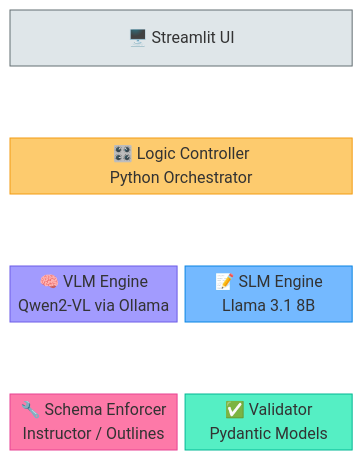
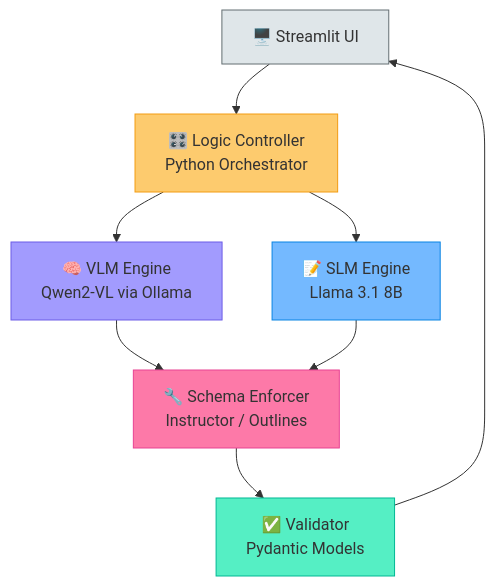
The seventh of 12 diagrams in README.md (KJCREATOR/VYOMEXTRACT), drawn with Mermaid before and after one commit. The commit also changed other lines of this file, not shown here.

````diff
--- a/README.md
+++ b/README.md
@@ -286,21 +302,17 @@
 ```mermaid
-block-beta
-    columns 4
-    
-    UI["🖥️ Streamlit UI"]:4
-    space:4
-    CTRL["🎛️ Logic Controller<br/>Python Orchestrator"]:4
-    space:4
-    VLM["🧠 VLM Engine<br/>Qwen2-VL via Ollama"]:2
-    SLM["📝 SLM Engine<br/>Llama 3.1 8B"]:2
-    space:4
-    SCHEMA["🔧 Schema Enforcer<br/>Instructor / Outlines"]:2
-    VALID["✅ Validator<br/>Pydantic Models"]:2
+graph TD
+    UI["🖥️ Streamlit UI"] --> CTRL["🎛️ Logic Controller<br/>Python Orchestrator"]
+    CTRL --> VLM["🧠 VLM Engine<br/>Qwen2-VL via Ollama"]
+    CTRL --> SLM["📝 SLM Engine<br/>Llama 3.1 8B"]
+    VLM --> SCHEMA["🔧 Schema Enforcer<br/>Instructor / Outlines"]
+    SLM --> SCHEMA
+    SCHEMA --> VALID["✅ Validator<br/>Pydantic Models"]
+    VALID --> UI
 
     style UI fill:#dfe6e9,stroke:#636e72
     style CTRL fill:#fdcb6e,stroke:#f39c12
     style VLM fill:#a29bfe,stroke:#6c5ce7
     style SLM fill:#74b9ff,stroke:#0984e3
     style SCHEMA fill:#fd79a8,stroke:#e84393
     style VALID fill:#55efc4,stroke:#00b894
 ```
````
